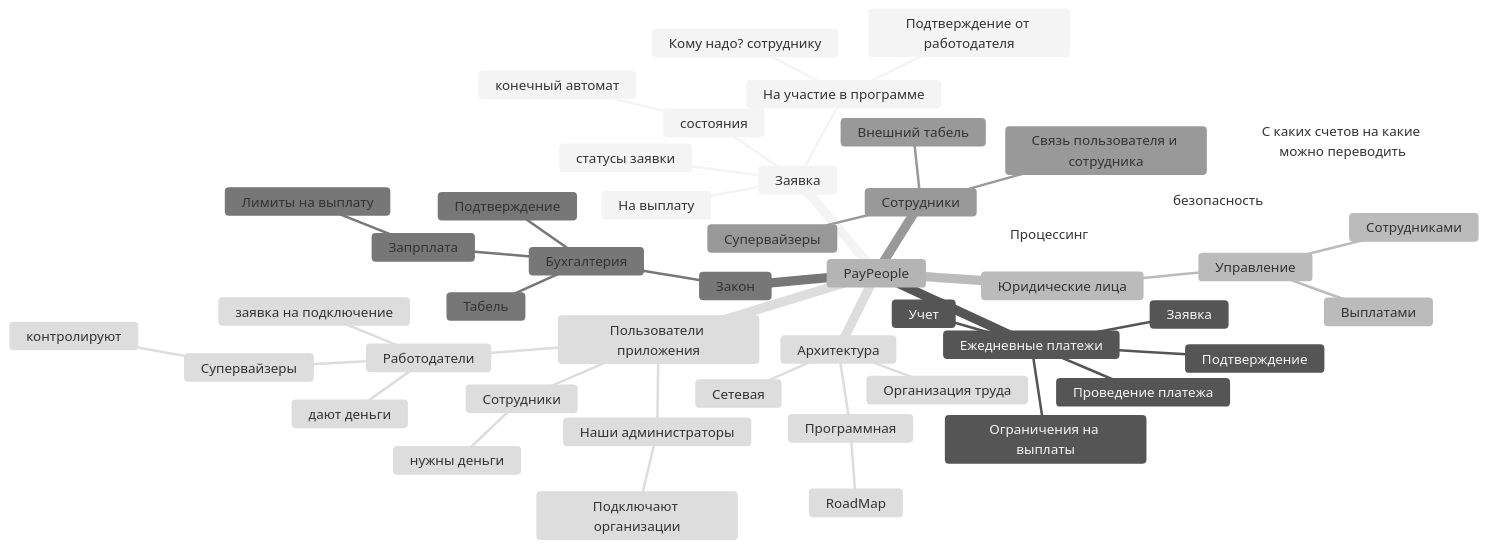
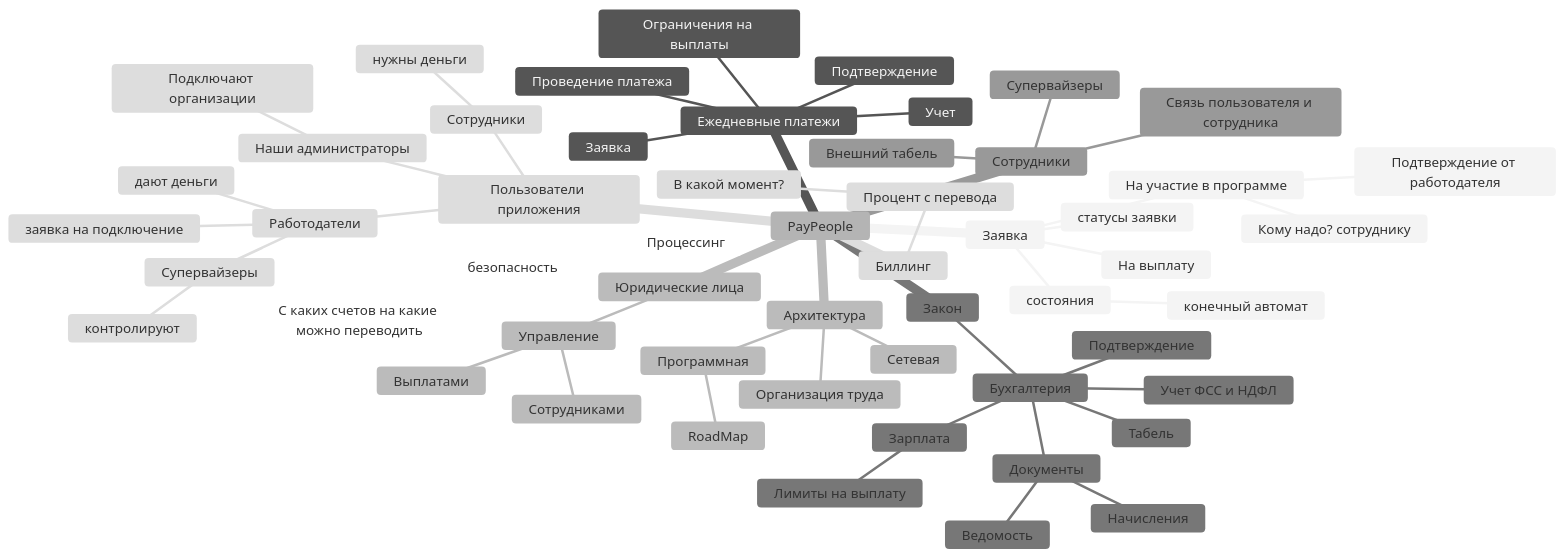
The diagram in EventDriven/0.mindmap.md (lisichkinuriy/test), drawn with Mermaid (neutral theme) before and after one commit. The commit also changed 6 other files, not shown here.

````diff
--- a/EventDriven/0.mindmap.md
+++ b/EventDriven/0.mindmap.md
@@ -3,63 +3,73 @@
 ```mermaid
 mindmap
     PayPeople
         Заявка
             статусы заявки
             состояния
                 конечный автомат
             
             На выплату
             На участие в программе
                 Кому надо? сотруднику
                 Подтверждение от работодателя
 
         Ежедневные платежи
             Учет
             Заявка
             Подтверждение
             Проведение платежа
             Ограничения на выплаты
 
         Юридические лица
             Управление
                 Сотрудниками
                 Выплатами
             
         Закон
             Бухгалтерия
                 Подтверждение
+                Документы
+                    Начисления
+                    Ведомость
+                Учет ФСС и НДФЛ
+
 
                 Табель
-                Запрплата
+                Зарплата
                     Лимиты на выплату     
 
         Сотрудники
             Связь пользователя и сотрудника
             Супервайзеры
             Внешний табель
 
         Пользователи приложения
             Сотрудники
                 нужны деньги
             Работодатели
                 дают деньги
                 заявка на подключение
                 Супервайзеры
                     контролируют
                 
 
             Наши администраторы
                 Подключают организации
 
         Процессинг
             безопасность
                 С каких счетов на какие можно переводить
-            
+
+        Биллинг
+            Процент с перевода
+                В какой момент?        
+    
         Архитектура
             Сетевая
             Программная
                 RoadMap
             Организация труда
 
 
+
 ```
````
